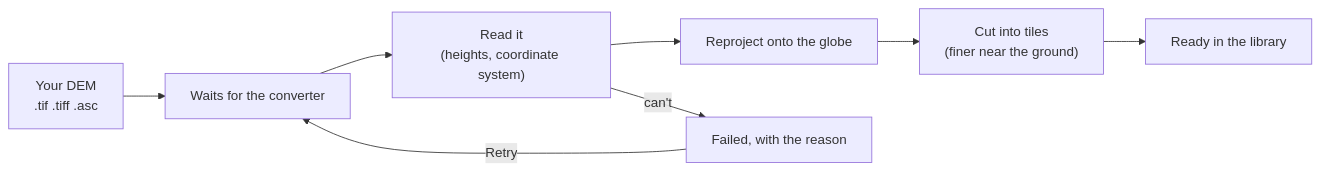
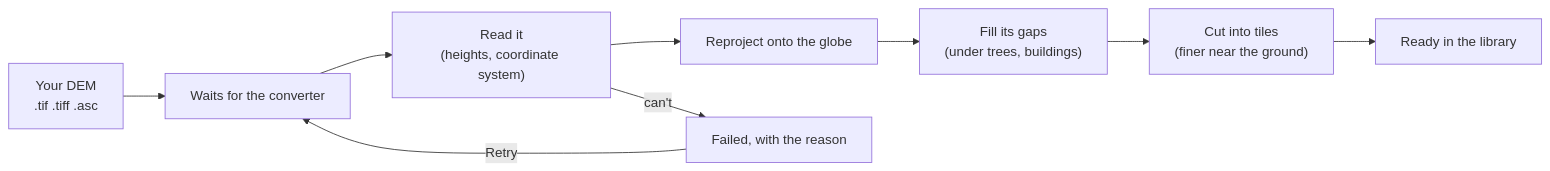
The diagram in docs/manual/05-terrain.md (Jarryd-W-Hoffman/digital-twin), drawn with Mermaid before and after one commit. The commit also changed other lines of this file and 8 other files, not shown here.

````diff
--- a/docs/manual/05-terrain.md
+++ b/docs/manual/05-terrain.md
@@ -9,10 +9,11 @@
 ```mermaid
 flowchart LR
     U["Your DEM<br/>.tif .tiff .asc"] --> Q["Waits for the converter"]
     Q --> R["Read it<br/>(heights, coordinate system)"]
     R --> W["Reproject onto the globe"]
-    W --> T["Cut into tiles<br/>(finer near the ground)"]
+    W --> G["Fill its gaps<br/>(under trees, buildings)"]
+    G --> T["Cut into tiles<br/>(finer near the ground)"]
     T --> L["Ready in the library"]
     R -->|can't| F["Failed, with the reason"]
     F -->|Retry| Q
 ```
````
